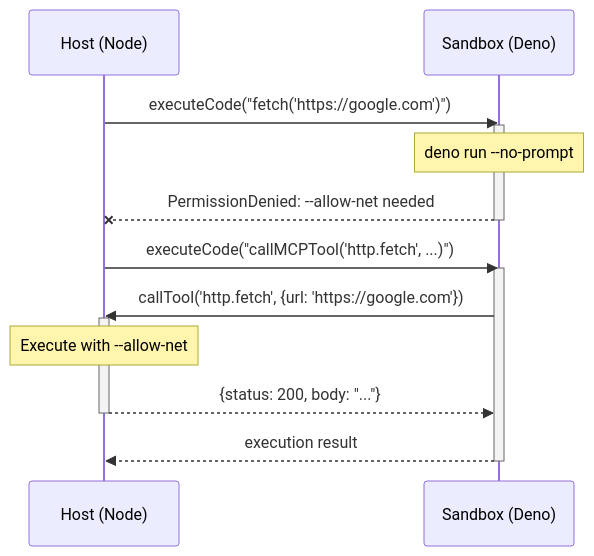
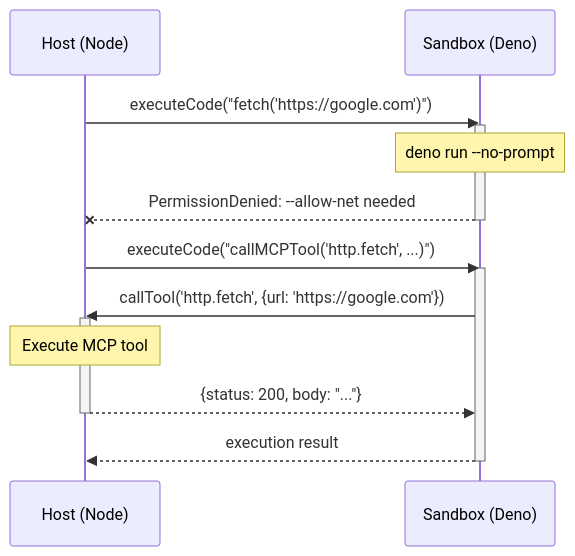
Before and after one commit to mcpc-tech/mcpc: the diagram in packages/plugin-code-execution/README.md, drawn with Mermaid.

Commit message:
docs: update diagram note to clarify MCP tool execution in README

````diff
--- a/packages/plugin-code-execution/README.md
+++ b/packages/plugin-code-execution/README.md
@@ -141,21 +141,21 @@
 ```mermaid
 sequenceDiagram
     participant Host as Host (Node)
     participant Sandbox as Sandbox (Deno)
     
     Host->>Sandbox: executeCode("fetch('https://google.com')")
     activate Sandbox
     Note over Sandbox: deno run --no-prompt
     Sandbox--xHost: PermissionDenied: --allow-net needed
     deactivate Sandbox
     
     Host->>Sandbox: executeCode("callMCPTool('http.fetch', ...)")
     activate Sandbox
     Sandbox->>Host: callTool('http.fetch', {url: 'https://google.com'})
     activate Host
-    Note over Host: Execute with --allow-net
+    Note over Host: Execute MCP tool
     Host-->>Sandbox: {status: 200, body: "..."}
     deactivate Host
     Sandbox-->>Host: execution result
     deactivate Sandbox
 ```
````
